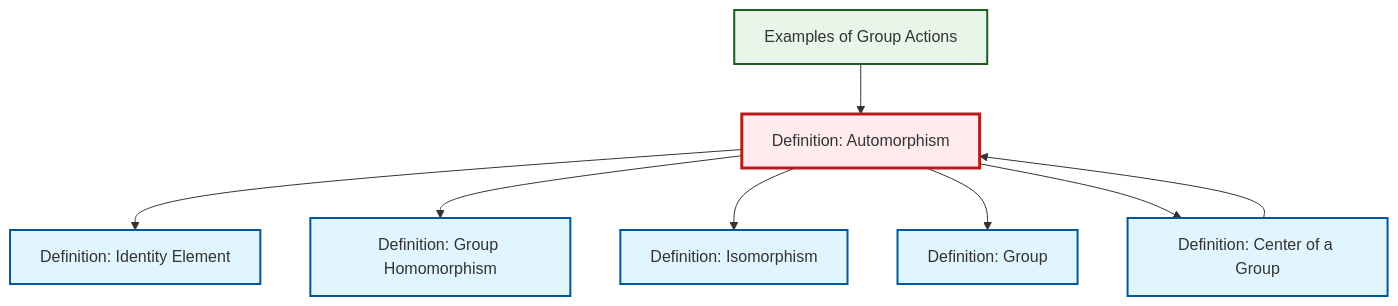
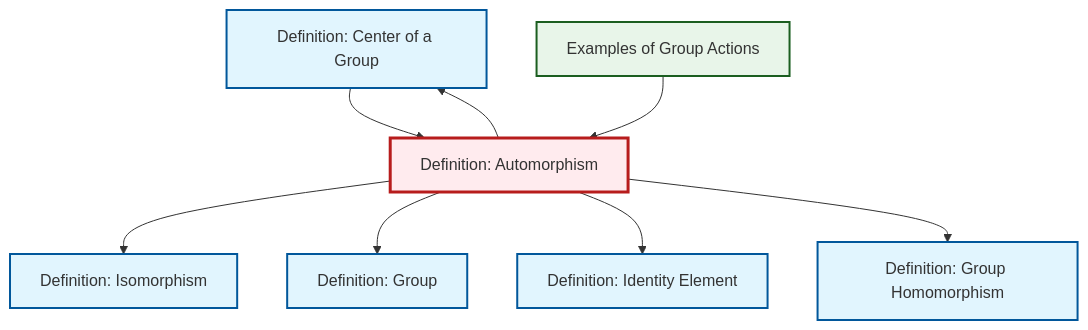
Before and after one commit to RK0429/ModernMath: the diagram in content/en/algebra/def-automorphism.qmd, drawn with Mermaid. The commit also changed other lines of this file and 1012 other files, not shown here.

````diff
--- a/content/en/algebra/def-automorphism.qmd
+++ b/content/en/algebra/def-automorphism.qmd
@@ -101,30 +101,30 @@
 ```{mermaid}
 %%| fig-cap: "Local dependency graph"
 graph TD
     classDef definition fill:#e1f5fe,stroke:#01579b,stroke-width:2px
     classDef theorem fill:#f3e5f5,stroke:#4a148c,stroke-width:2px
     classDef axiom fill:#fff3e0,stroke:#e65100,stroke-width:2px
     classDef example fill:#e8f5e9,stroke:#1b5e20,stroke-width:2px
     classDef current fill:#ffebee,stroke:#b71c1c,stroke-width:3px
-    def-automorphism["Definition: Automorphism"]:::definition
+    def-identity-element["Definition: Identity Element"]:::definition
     def-isomorphism["Definition: Isomorphism"]:::definition
-    ex-group-action-examples["Examples of Group Actions"]:::example
-    def-identity-element["Definition: Identity Element"]:::definition
     def-center-of-group["Definition: Center of a Group"]:::definition
     def-homomorphism["Definition: Group Homomorphism"]:::definition
+    def-automorphism["Definition: Automorphism"]:::definition
+    ex-group-action-examples["Examples of Group Actions"]:::example
     def-group["Definition: Group"]:::definition
+    def-center-of-group --> def-automorphism
+    def-automorphism --> def-isomorphism
+    def-automorphism --> def-group
+    ex-group-action-examples --> def-automorphism
     def-automorphism --> def-identity-element
+    def-automorphism --> def-center-of-group
     def-automorphism --> def-homomorphism
-    def-automorphism --> def-isomorphism
-    def-center-of-group --> def-automorphism
-    ex-group-action-examples --> def-automorphism
-    def-automorphism --> def-group
-    def-automorphism --> def-center-of-group
     class def-automorphism current
+    click def-identity-element "def-identity-element.html" "Go to Identity Element definition"
     click def-isomorphism "def-isomorphism.html" "Go to Isomorphism definition"
-    click ex-group-action-examples "ex-group-action-examples.html" "Go to Examples of Group Actions"
-    click def-identity-element "def-identity-element.html" "Go to Identity Element definition"
     click def-center-of-group "def-center-of-group.html" "Go to Center of a Group definition"
     click def-homomorphism "def-homomorphism.html" "Go to Group Homomorphism definition"
+    click ex-group-action-examples "ex-group-action-examples.html" "Go to Examples of Group Actions"
     click def-group "def-group.html" "Go to Group definition"
 ```
````
